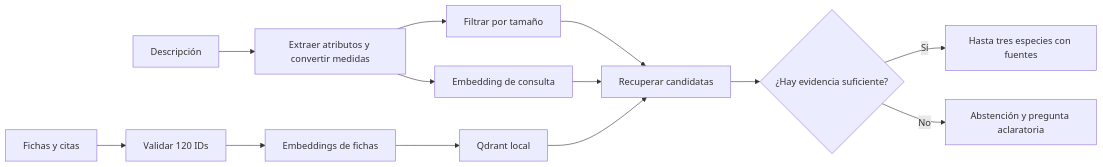
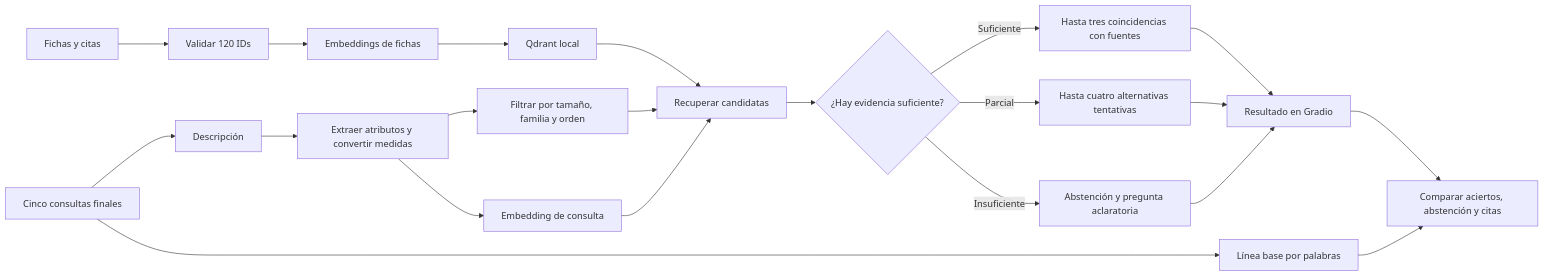
One commit to JulianJ07/RAG_Detector_Ave changed the first of 2 diagrams in README.md. Above: the diagram before and after it, drawn with Mermaid. The commit also changed other lines of this file, not shown here.

````diff
--- a/README.md
+++ b/README.md
@@ -44,15 +47,23 @@
 ```mermaid
 flowchart LR
     A["Fichas y citas"] --> B["Validar 120 IDs"]
     B --> C["Embeddings de fichas"]
     C --> D["Qdrant local"]
     U["Descripción"] --> E["Extraer atributos y convertir medidas"]
-    E --> F["Filtrar por tamaño"]
+    E --> F["Filtrar por tamaño, familia y orden"]
     E --> Q["Embedding de consulta"]
     F --> G["Recuperar candidatas"]
     Q --> G
     D --> G
     G --> H{"¿Hay evidencia suficiente?"}
-    H -->|Sí| I["Hasta tres especies con fuentes"]
-    H -->|No| J["Abstención y pregunta aclaratoria"]
+    H -->|Suficiente| I["Hasta tres coincidencias con fuentes"]
+    H -->|Parcial| T["Hasta cuatro alternativas tentativas"]
+    H -->|Insuficiente| J["Abstención y pregunta aclaratoria"]
+    I --> V["Resultado en Gradio"]
+    T --> V
+    J --> V
+    K["Cinco consultas finales"] --> U
+    K --> L["Línea base por palabras"]
+    V --> R["Comparar aciertos, abstención y citas"]
+    L --> R
 ```
````
